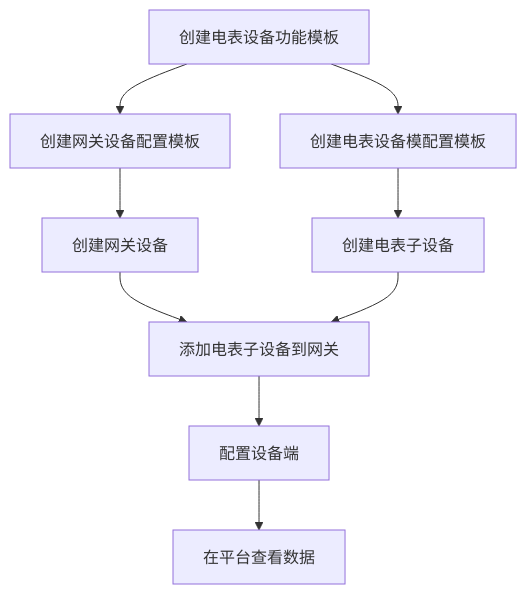
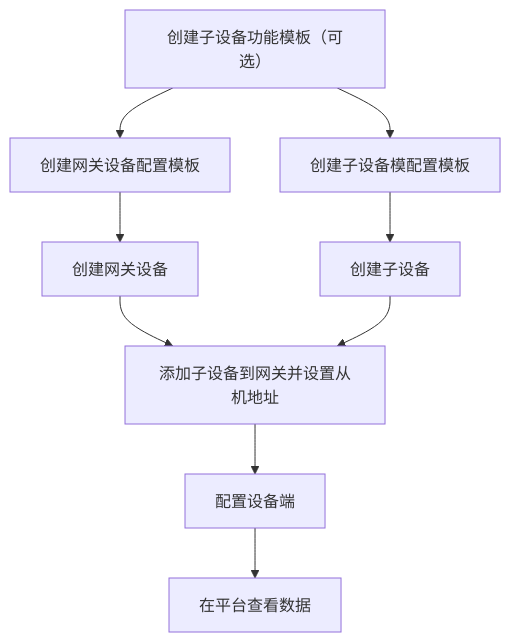
The diagram in docs/device-connect/modbus.md (zjhong/thingspanel.github.io), drawn with Mermaid before and after one commit. The commit also changed other lines of this file and 10 other files, not shown here.

````diff
--- a/docs/device-connect/modbus.md
+++ b/docs/device-connect/modbus.md
@@ -33,12 +40,12 @@
 ```mermaid
 
 graph TD
-    A[创建电表设备功能模板] --> B[创建网关设备配置模板]
-    A --> C[创建电表设备模配置模板]
+    A[创建子设备功能模板（可选）] --> B[创建网关设备配置模板]
+    A --> C[创建子设备模配置模板]
     B --> D[创建网关设备]
-    C --> E[创建电表子设备]
-    D --> F[添加电表子设备到网关]
+    C --> E[创建子设备]
+    D --> F[添加子设备到网关并设置从机地址]
     E --> F
     F --> G[配置设备端]
     G --> H[在平台查看数据]
 ```
````
